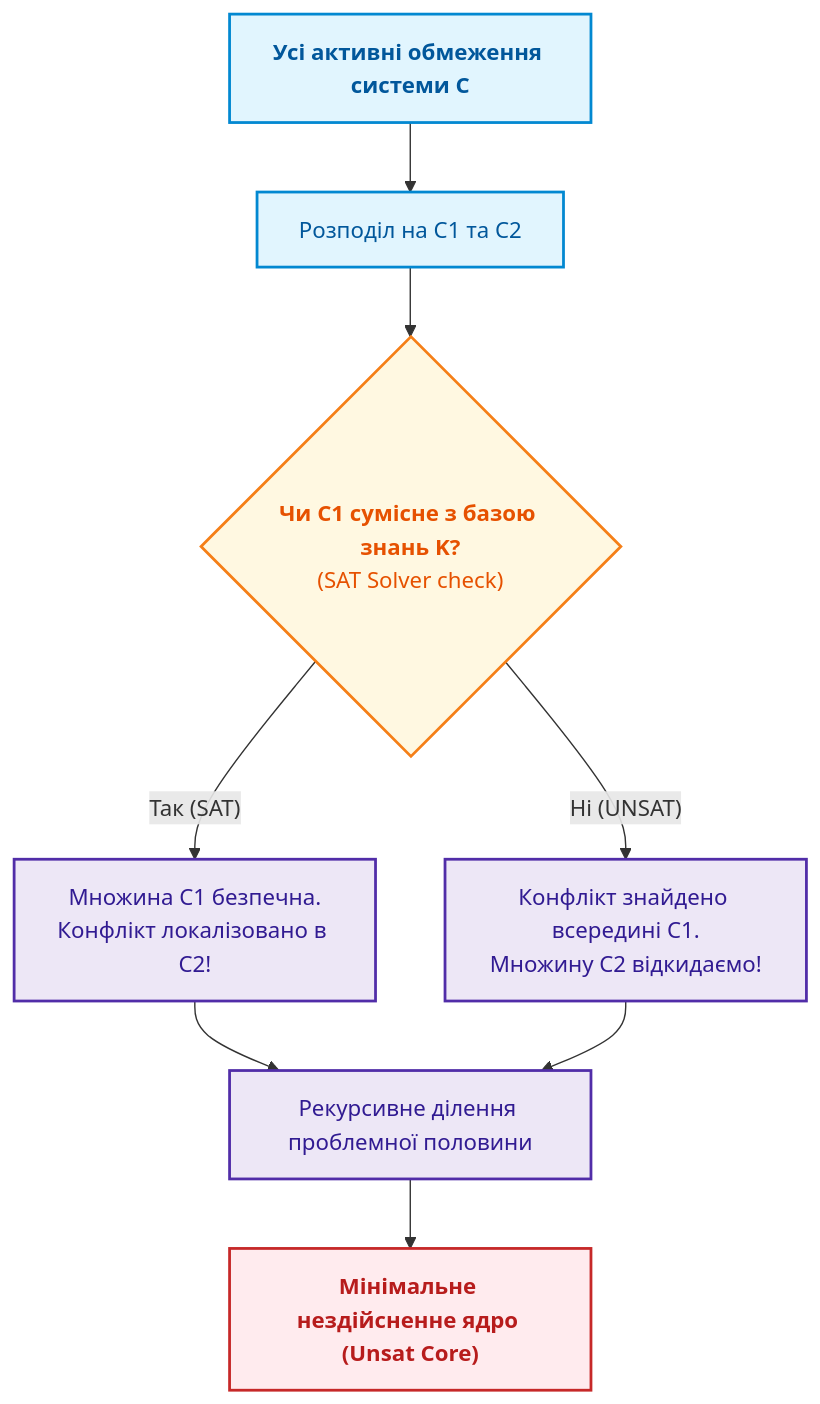
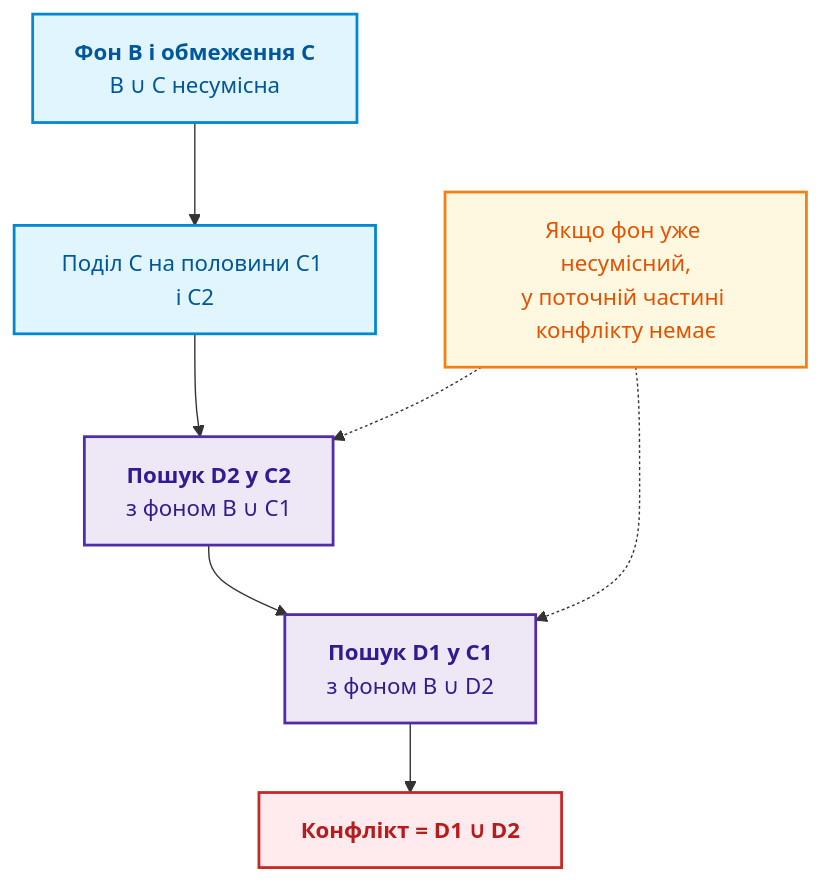
The fourth of 6 diagrams in ExpertSystem/ch20-explanation-engine.md (nick-fedchik/articles), drawn with Mermaid before and after one commit. The commit also changed other lines of this file, not shown here.

````diff
--- a/ExpertSystem/ch20-explanation-engine.md
+++ b/ExpertSystem/ch20-explanation-engine.md
@@ -214,23 +183,22 @@
 ```mermaid
 flowchart TD
-    accTitle: Алгоритм швидкого відсікання конфліктів QuickXPlain
-    accDescr: Рекурсивний поділ простору обмежень на дві підмножини для швидкої локалізації Unsat Core.
+    accTitle: Крок рекурсії алгоритму QuickXPlain
+    accDescr: Множину обмежень ділять на дві половини, спершу шукають частину конфлікту в другій половині з першою як фоном, потім частину в першій половині зі знайденою частиною як фоном, і об'єднують результати.
 
-    All["<b>Усі активні обмеження системи C</b>"] --> Split["Розподіл на C1 та C2"]
-    Split --> Check1{"<b>Чи C1 сумісне з базою знань K?</b><br/>(SAT Solver check)"}
-    Check1 -->|"Так (SAT)"| Cut1["Множина C1 безпечна.<br/>Конфлікт локалізовано в C2!"]
-    Check1 -->|"Ні (UNSAT)"| Cut2["Конфлікт знайдено всередині C1.<br/>Множину C2 відкидаємо!"]
-    Cut1 --> Recurse["Рекурсивне ділення проблемної половини"]
-    Cut2 --> Recurse
-    Recurse --> Core["<b>Мінімальне нездійсненне ядро (Unsat Core)</b>"]
+    Start["<b>Фон B і обмеження C</b><br/>B ∪ C несумісна"] --> Split["Поділ C на половини C1 і C2"]
+    Split --> R2["<b>Пошук D2 у C2</b><br/>з фоном B ∪ C1"]
+    R2 --> R1["<b>Пошук D1 у C1</b><br/>з фоном B ∪ D2"]
+    R1 --> Join["<b>Конфлікт = D1 ∪ D2</b>"]
+    Stop["Якщо фон уже несумісний,<br/>у поточній частині конфлікту немає"] -.-> R2
+    Stop -.-> R1
 
     classDef start fill:#e1f5fe,stroke:#0288d1,stroke-width:2px,color:#01579b;
-    classDef check fill:#fff8e1,stroke:#f57f17,stroke-width:2px,color:#e65100;
     classDef act fill:#ede7f6,stroke:#512da8,stroke-width:2px,color:#311b92;
     classDef res fill:#ffebee,stroke:#c62828,stroke-width:2px,color:#b71c1c;
+    classDef note fill:#fff8e1,stroke:#f57f17,stroke-width:2px,color:#e65100;
 
-    class All,Split start;
-    class Check1 check;
-    class Cut1,Cut2,Recurse act;
-    class Core res;
+    class Start,Split start;
+    class R2,R1 act;
+    class Join res;
+    class Stop note;
 ```
````
